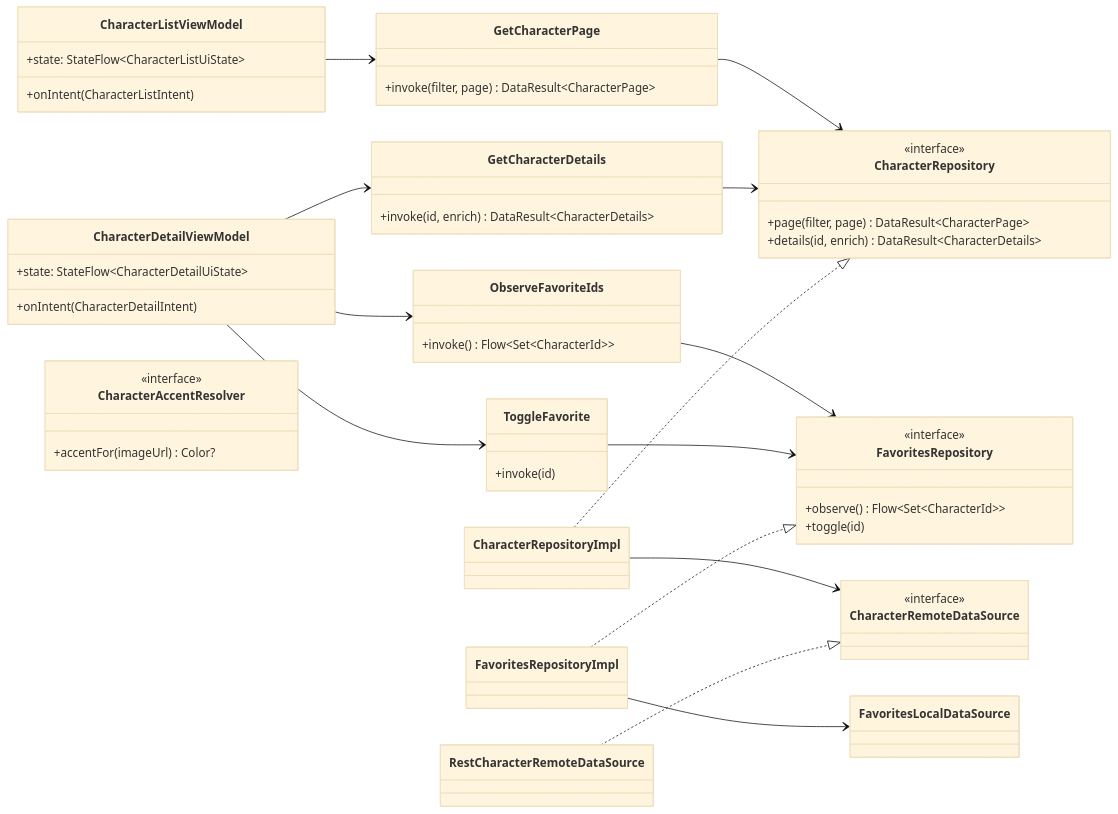
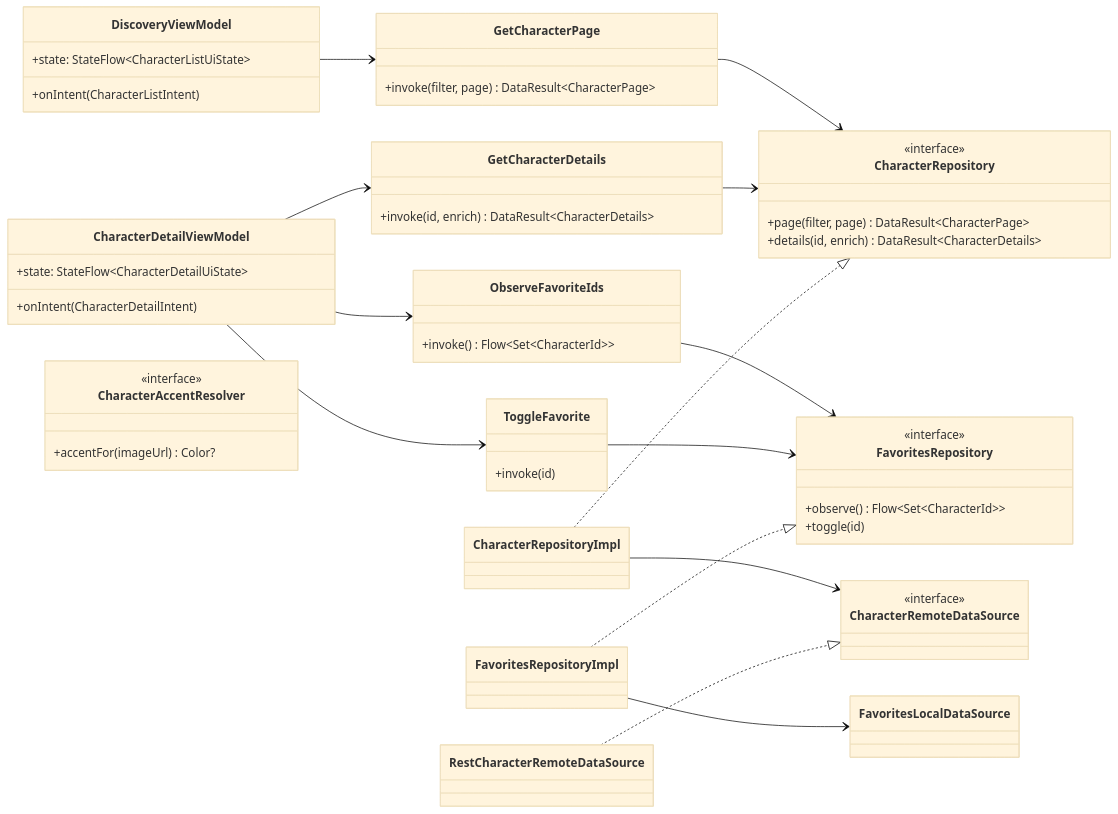
One commit to davidru85/RickAndMorty changed the fourth of 4 diagrams in docs/DESIGN.md. Above: the diagram before and after it, drawn with Mermaid (base theme). The commit also changed other lines of this file and 38 other files, not shown here.

````diff
--- a/docs/DESIGN.md
+++ b/docs/DESIGN.md
@@ -199,67 +307,67 @@
 ```mermaid
 classDiagram
     direction LR
 
-    class CharacterListViewModel {
+    class DiscoveryViewModel {
         +state: StateFlow~CharacterListUiState~
         +onIntent(CharacterListIntent)
     }
     class CharacterDetailViewModel {
         +state: StateFlow~CharacterDetailUiState~
         +onIntent(CharacterDetailIntent)
     }
 
     class GetCharacterPage {
         +invoke(filter, page) DataResult~CharacterPage~
     }
     class GetCharacterDetails {
         +invoke(id, enrich) DataResult~CharacterDetails~
     }
     class ObserveFavoriteIds {
         +invoke() Flow~Set~CharacterId~~
     }
     class ToggleFavorite {
         +invoke(id)
     }
 
     class CharacterRepository {
         <<interface>>
         +page(filter, page) DataResult~CharacterPage~
         +details(id, enrich) DataResult~CharacterDetails~
     }
     class FavoritesRepository {
         <<interface>>
         +observe() Flow~Set~CharacterId~~
         +toggle(id)
     }
 
     class CharacterRepositoryImpl
     class FavoritesRepositoryImpl
 
     class CharacterRemoteDataSource {
         <<interface>>
     }
     class RestCharacterRemoteDataSource
     class FavoritesLocalDataSource
 
     class CharacterAccentResolver {
         <<interface>>
         +accentFor(imageUrl) Color?
     }
 
-    CharacterListViewModel --> GetCharacterPage
+    DiscoveryViewModel --> GetCharacterPage
     CharacterDetailViewModel --> GetCharacterDetails
     CharacterDetailViewModel --> ObserveFavoriteIds
     CharacterDetailViewModel --> ToggleFavorite
 
     GetCharacterPage --> CharacterRepository
     GetCharacterDetails --> CharacterRepository
     ObserveFavoriteIds --> FavoritesRepository
     ToggleFavorite --> FavoritesRepository
 
     CharacterRepositoryImpl ..|> CharacterRepository
     FavoritesRepositoryImpl ..|> FavoritesRepository
     CharacterRepositoryImpl --> CharacterRemoteDataSource
     RestCharacterRemoteDataSource ..|> CharacterRemoteDataSource
     FavoritesRepositoryImpl --> FavoritesLocalDataSource
 ```
````
